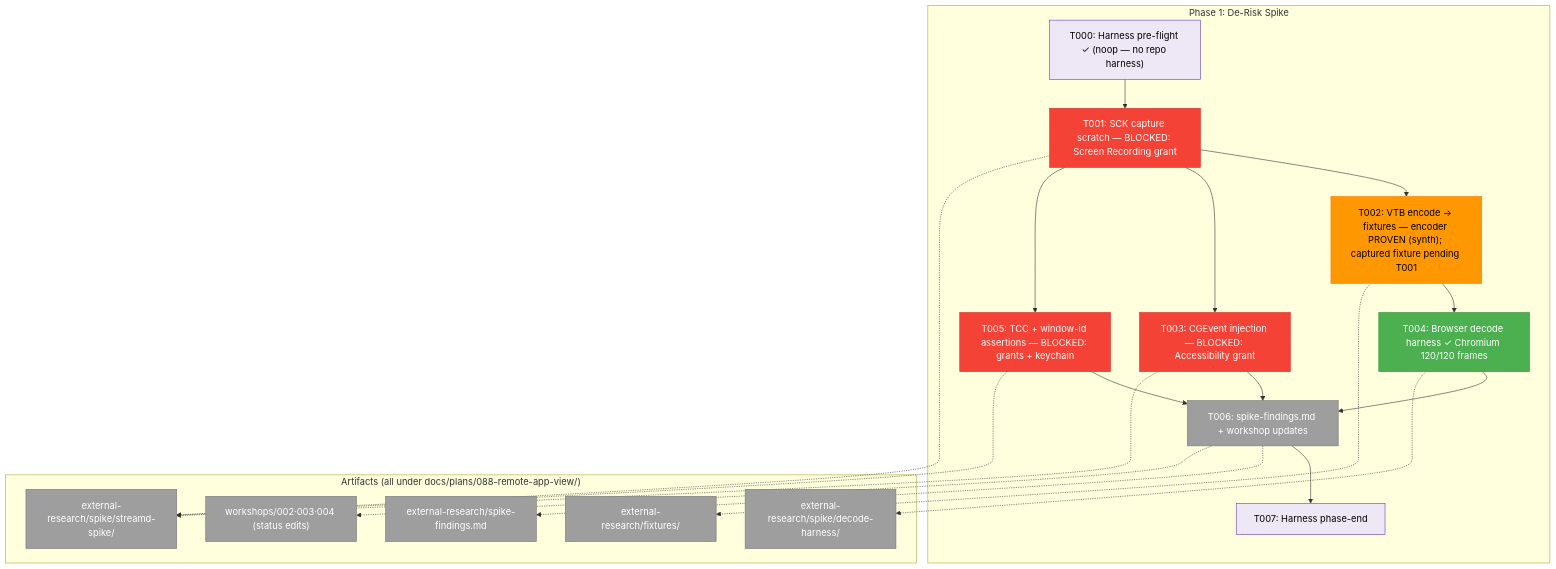
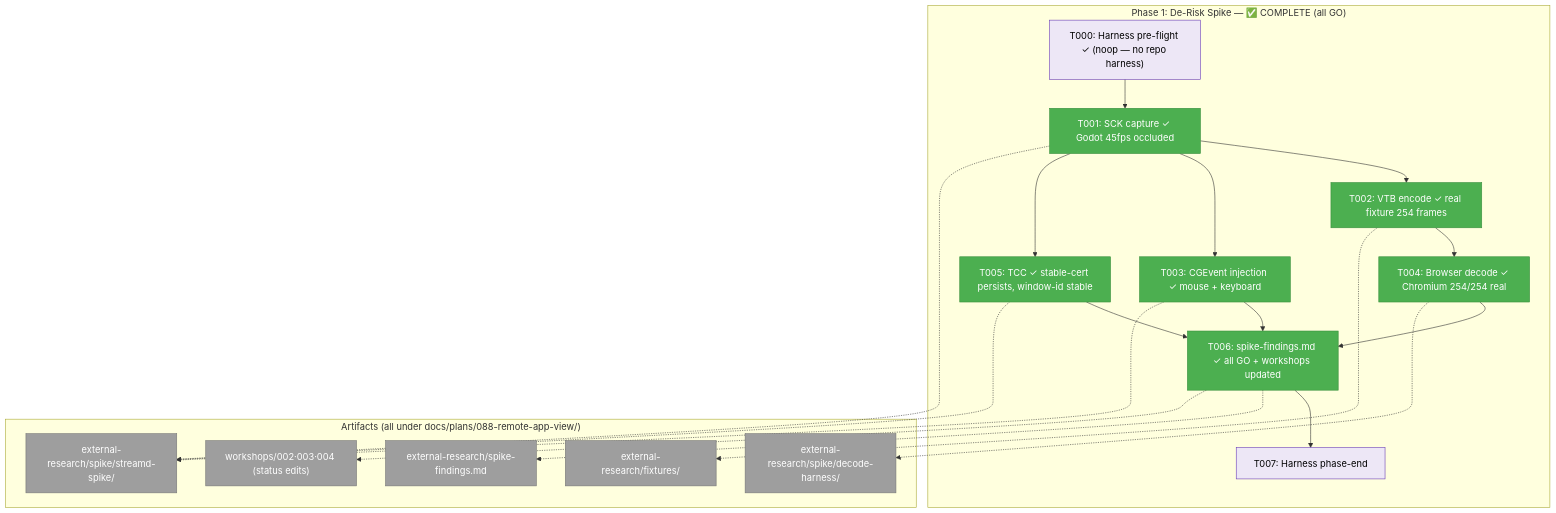
One commit to AI-Substrate/chainglass changed the first of 3 diagrams in docs/plans/088-remote-app-view/tasks/phase-1-de-risk-spike/tasks.md. Above: the diagram before and after it, drawn with Mermaid. The commit also changed other lines of this file and 215 other files, not shown here.

First line of the commit message:
spike(remote-view): Phase 1 de-risk COMPLETE — all 7 verdicts GO (Plan 088 P1)

````diff
--- a/docs/plans/088-remote-app-view/tasks/phase-1-de-risk-spike/tasks.md
+++ b/docs/plans/088-remote-app-view/tasks/phase-1-de-risk-spike/tasks.md
@@ -72,42 +72,42 @@
 ```mermaid
 flowchart TD
     classDef pending fill:#9E9E9E,stroke:#757575,color:#fff
     classDef inprogress fill:#FF9800,stroke:#F57C00,color:#000
     classDef completed fill:#4CAF50,stroke:#388E3C,color:#fff
     classDef blocked fill:#F44336,stroke:#D32F2F,color:#fff
     classDef harness fill:#EDE7F6,stroke:#673AB7,color:#000
 
-    subgraph Phase["Phase 1: De-Risk Spike"]
+    subgraph Phase["Phase 1: De-Risk Spike — ✅ COMPLETE (all GO)"]
         T000["T000: Harness pre-flight ✓ (noop — no repo harness)"]:::harness
-        T001["T001: SCK capture scratch — BLOCKED: Screen Recording grant"]:::blocked
-        T002["T002: VTB encode → fixtures — encoder PROVEN (synth); captured fixture pending T001"]:::inprogress
-        T003["T003: CGEvent injection — BLOCKED: Accessibility grant"]:::blocked
-        T004["T004: Browser decode harness ✓ Chromium 120/120 frames"]:::completed
-        T005["T005: TCC + window-id assertions — BLOCKED: grants + keychain"]:::blocked
-        T006["T006: spike-findings.md + workshop updates"]:::pending
+        T001["T001: SCK capture ✓ Godot 45fps occluded"]:::completed
+        T002["T002: VTB encode ✓ real fixture 254 frames"]:::completed
+        T003["T003: CGEvent injection ✓ mouse + keyboard"]:::completed
+        T004["T004: Browser decode ✓ Chromium 254/254 real"]:::completed
+        T005["T005: TCC ✓ stable-cert persists, window-id stable"]:::completed
+        T006["T006: spike-findings.md ✓ all GO + workshops updated"]:::completed
         T007["T007: Harness phase-end"]:::harness
         T000 --> T001 --> T002 --> T004
         T001 --> T003
         T001 --> T005
         T004 --> T006
         T003 --> T006
         T005 --> T006
         T006 --> T007
     end
 
     subgraph Files["Artifacts (all under docs/plans/088-remote-app-view/)"]
         F1["external-research/spike/streamd-spike/"]:::pending
         F2["external-research/fixtures/"]:::pending
         F3["external-research/spike/decode-harness/"]:::pending
         F4["external-research/spike-findings.md"]:::pending
         F5["workshops/002·003·004 (status edits)"]:::pending
     end
 
     T001 -.-> F1
     T002 -.-> F2
     T003 -.-> F1
     T004 -.-> F3
     T005 -.-> F1
     T006 -.-> F4
     T006 -.-> F5
 ```
````
